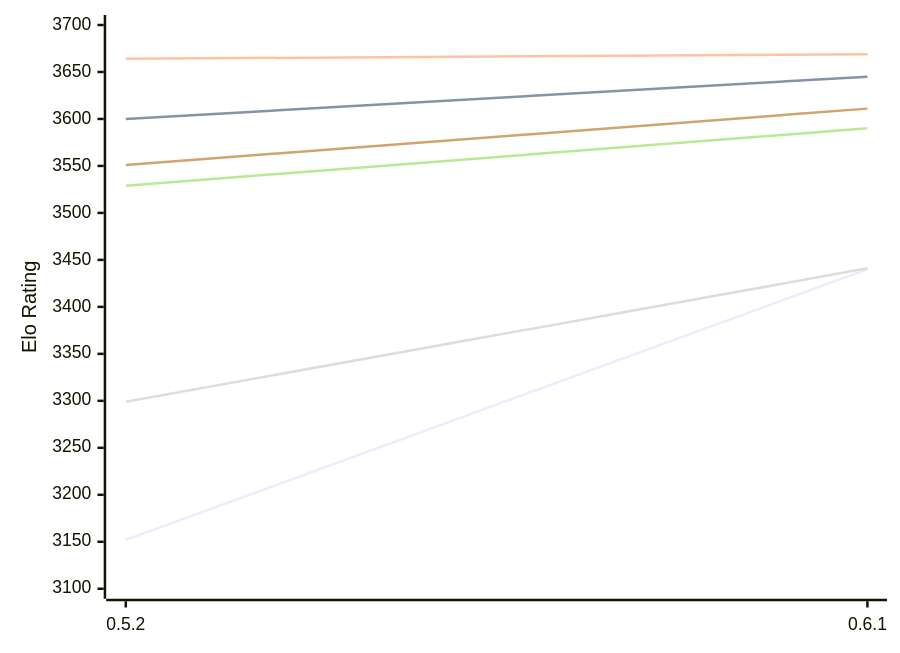
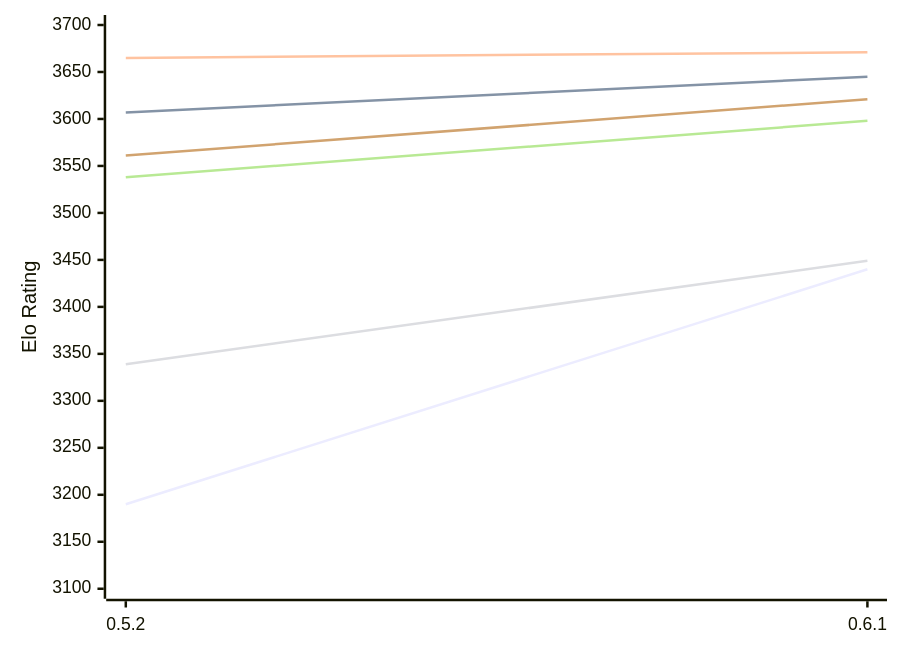
Before and after one commit to computer-chess-index/cci: the first of 2 diagrams in engines/Cinder.md, drawn with Mermaid. The commit also changed other lines of this file, not shown here.

Commit message:
Update CCI Ratings (ELO VLTC) - 2026-11-25

````diff
--- a/engines/Cinder.md
+++ b/engines/Cinder.md
@@ -54,12 +54,12 @@
 ```mermaid
 %%{init: {"theme":"base","themeVariables":{"seriesColors:['#a3a3a3','#222221','#faa371']}}}%%
 xychart-beta
   x-axis ["0.5.2", "0.6.1"]
   y-axis "Elo Rating" 3100 --> 3700
-  line "E1: STC (8.0+0.08s)" [3152, 3440]
-  line "E1: LTC (60.0+0.60s)" [3600, 3645]
-  line "E1: VLTC (2m24s+1.12s)" [3664, 3669]
-  line "P1: STC (8.0+0.08s)" [3299, 3441]
-  line "P1: LTC (60.0+0.60s)" [3529, 3590]
-  line "P1: VLTC (2m24s+1.12s)" [3551, 3611]
+  line "E1: STC (8.0+0.08s)" [3190, 3440]
+  line "E1: LTC (60.0+0.60s)" [3607, 3645]
+  line "E1: VLTC (2m24s+1.12s)" [3665, 3671]
+  line "P1: STC (8.0+0.08s)" [3339, 3449]
+  line "P1: LTC (60.0+0.60s)" [3538, 3598]
+  line "P1: VLTC (2m24s+1.12s)" [3561, 3621]
 ```
````
